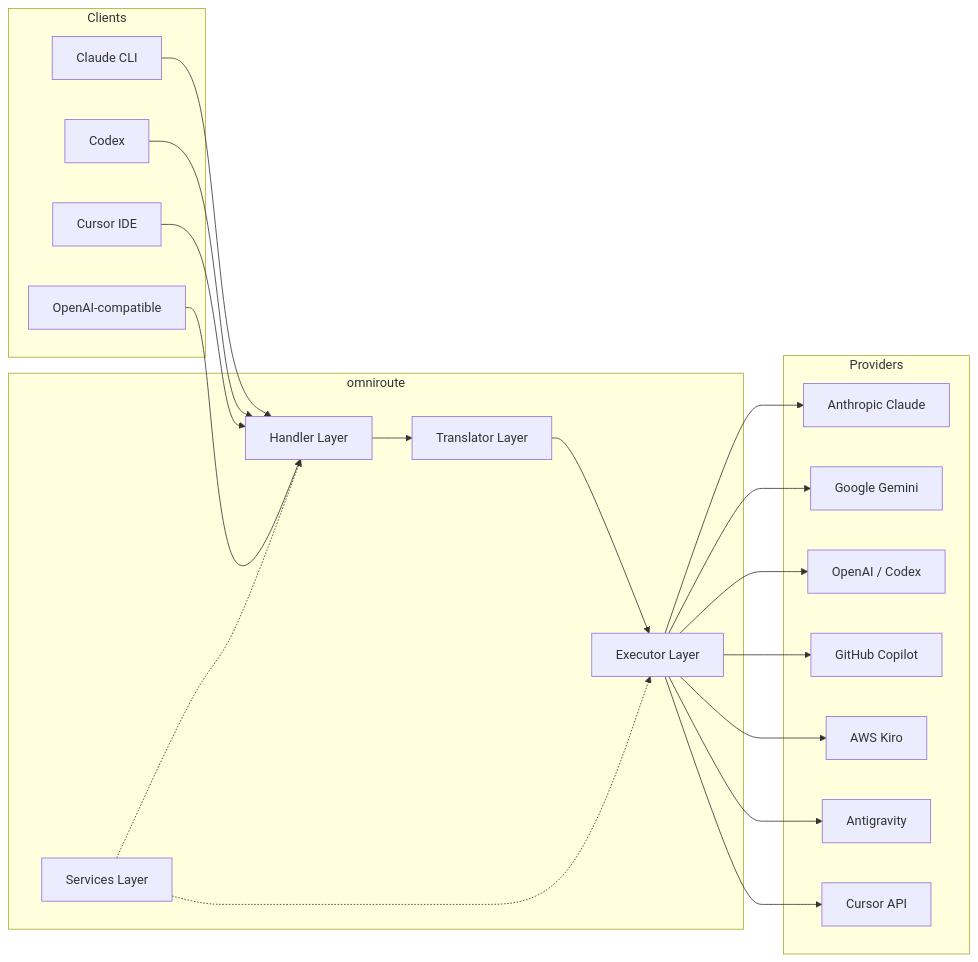
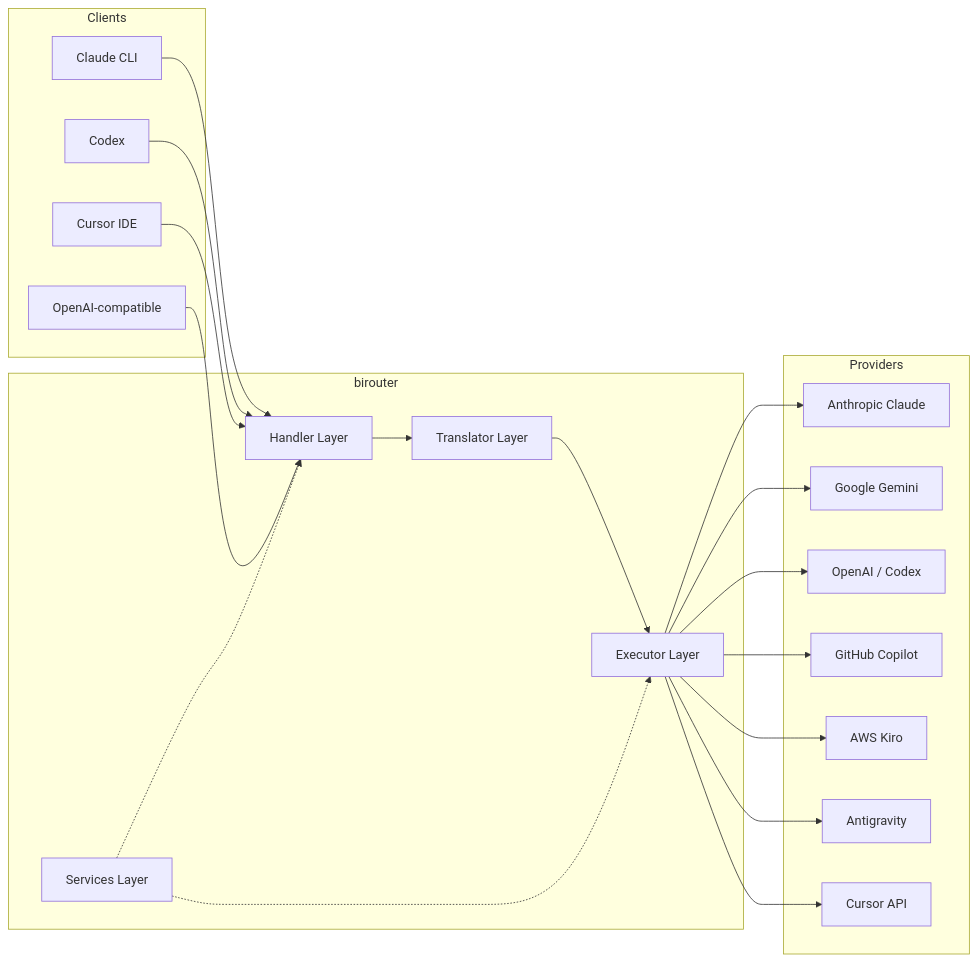
The first of 12 diagrams in docs/i18n/ar/docs/architecture/CODEBASE_DOCUMENTATION.md (IQ-Kat/birouter), drawn with Mermaid before and after one commit. The commit also changed other lines of this file and 3606 other files, not shown here.

Commit message:
fix: update package-lock.json name fields from @omniroute to @birouter

````diff
--- a/docs/i18n/ar/docs/architecture/CODEBASE_DOCUMENTATION.md
+++ b/docs/i18n/ar/docs/architecture/CODEBASE_DOCUMENTATION.md
@@ -23,42 +23,42 @@
 ```mermaid
 graph LR
     subgraph Clients
         A[Claude CLI]
         B[Codex]
         C[Cursor IDE]
         D[OpenAI-compatible]
     end
 
-    subgraph omniroute
+    subgraph birouter
         E[Handler Layer]
         F[Translator Layer]
         G[Executor Layer]
         H[Services Layer]
     end
 
     subgraph Providers
         I[Anthropic Claude]
         J[Google Gemini]
         K[OpenAI / Codex]
         L[GitHub Copilot]
         M[AWS Kiro]
         N[Antigravity]
         O[Cursor API]
     end
 
     A --> E
     B --> E
     C --> E
     D --> E
     E --> F
     F --> G
     G --> I
     G --> J
     G --> K
     G --> L
     G --> M
     G --> N
     G --> O
     H -.-> E
     H -.-> G
 ```
````
